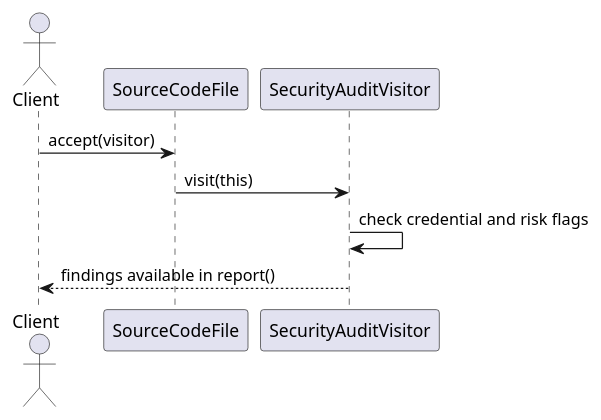
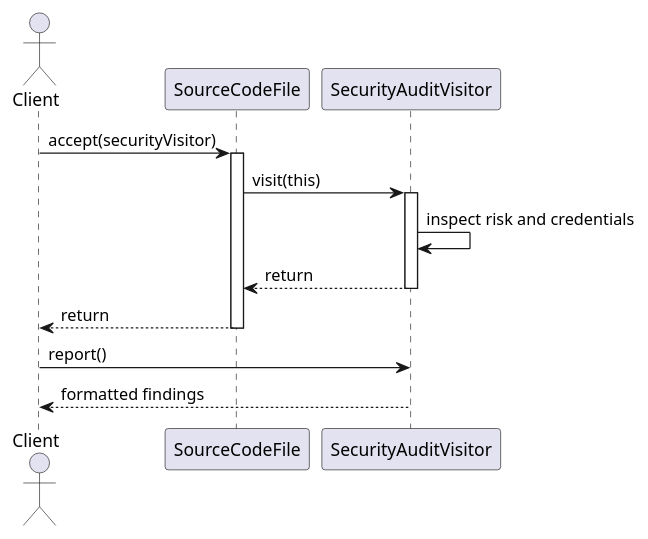
The diagram in docs/sequence-diagram.puml (AlikhanTemirkhanov777/Assignment6_SmartCodeInspection), drawn with PlantUML before and after one commit. The commit also changed 25 other files, not shown here.

```diff
--- a/docs/sequence-diagram.puml
+++ b/docs/sequence-diagram.puml
@@ -1,9 +1,16 @@
 @startuml
 actor Client
 participant SourceCodeFile
 participant SecurityAuditVisitor
-Client -> SourceCodeFile: accept(visitor)
+Client -> SourceCodeFile: accept(securityVisitor)
+activate SourceCodeFile
 SourceCodeFile -> SecurityAuditVisitor: visit(this)
-SecurityAuditVisitor -> SecurityAuditVisitor: check credential and risk flags
-SecurityAuditVisitor --> Client: findings available in report()
+activate SecurityAuditVisitor
+SecurityAuditVisitor -> SecurityAuditVisitor: inspect risk and credentials
+SecurityAuditVisitor --> SourceCodeFile: return
+ deactivate SecurityAuditVisitor
+SourceCodeFile --> Client: return
+ deactivate SourceCodeFile
+Client -> SecurityAuditVisitor: report()
+SecurityAuditVisitor --> Client: formatted findings
 @enduml
```
